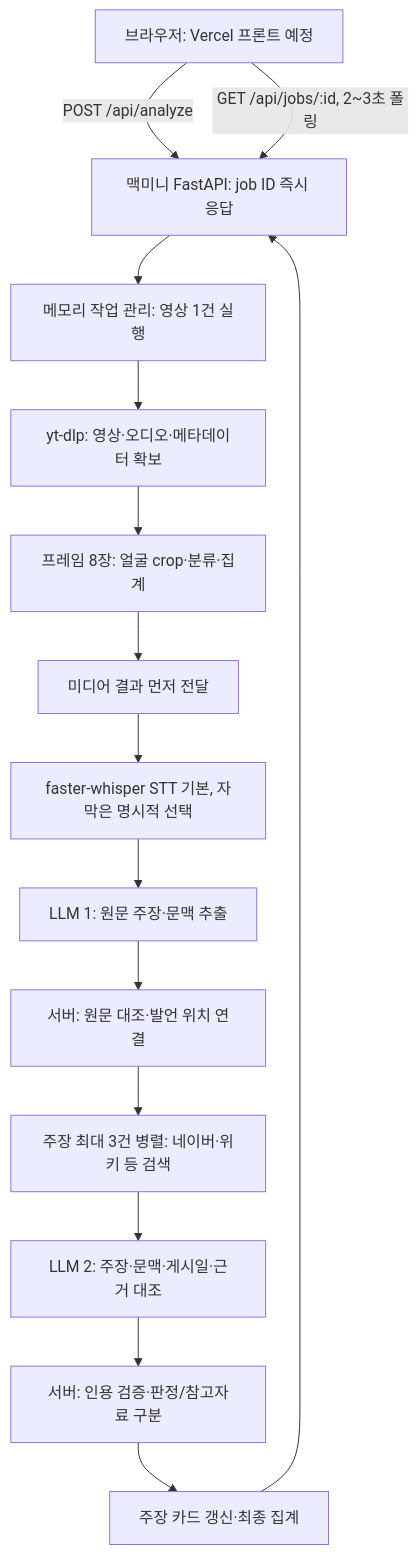
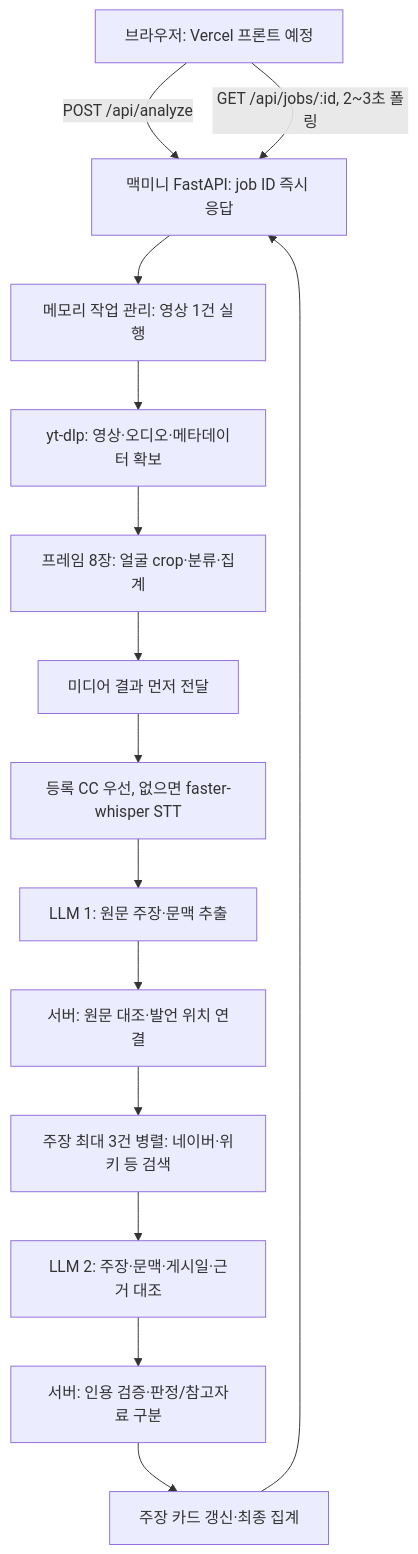
Before and after one commit to Dynamic-Juo/be: the diagram in docs/handoff.md, drawn with Mermaid. The commit also changed other lines of this file and 7 other files, not shown here.

````diff
--- a/docs/handoff.md
+++ b/docs/handoff.md
@@ -69,17 +70,17 @@
 ```mermaid
 flowchart TD
     B[브라우저: Vercel 프론트 예정] -->|POST /api/analyze| A[맥미니 FastAPI: job ID 즉시 응답]
     A --> Q[메모리 작업 관리: 영상 1건 실행]
     Q --> D[yt-dlp: 영상·오디오·메타데이터 확보]
     D --> F[프레임 8장: 얼굴 crop·분류·집계]
     F --> M[미디어 결과 먼저 전달]
-    M --> T[faster-whisper STT 기본, 자막은 명시적 선택]
+    M --> T[등록 CC 우선, 없으면 faster-whisper STT]
     T --> E[LLM 1: 원문 주장·문맥 추출]
     E --> C[서버: 원문 대조·발언 위치 연결]
     C --> S[주장 최대 3건 병렬: 네이버·위키 등 검색]
     S --> V[LLM 2: 주장·문맥·게시일·근거 대조]
     V --> G[서버: 인용 검증·판정/참고자료 구분]
     G --> R[주장 카드 갱신·최종 집계]
     B -->|GET /api/jobs/:id, 2~3초 폴링| A
     R --> A
 ```
````
